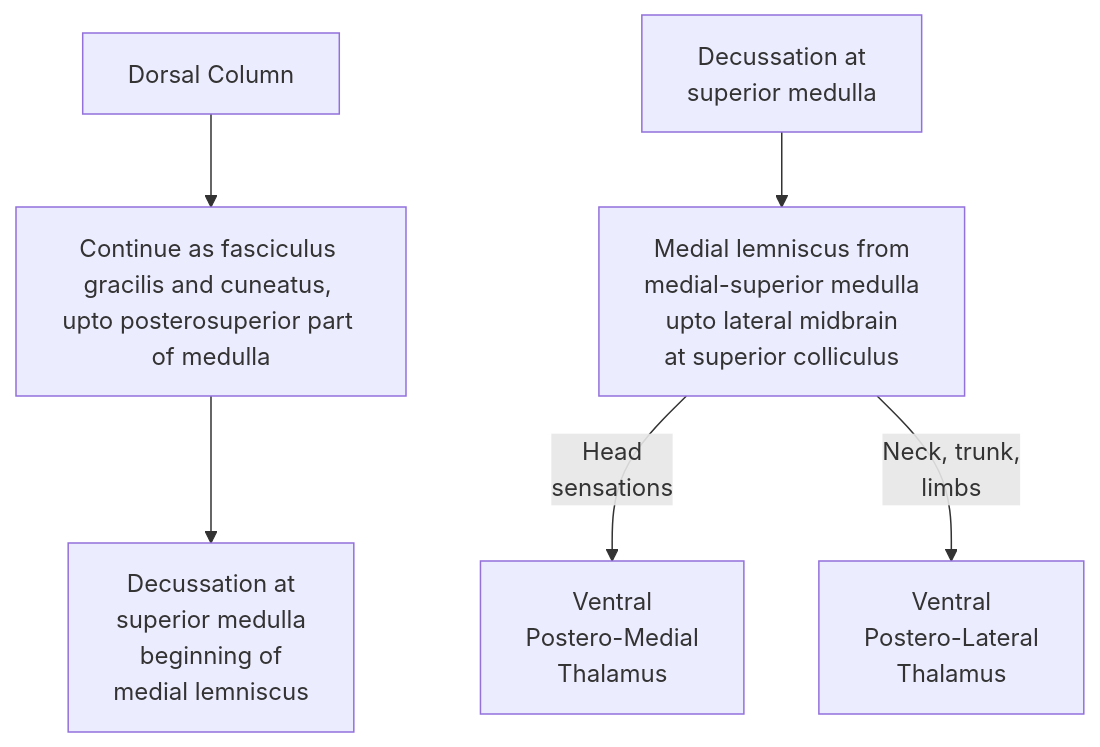
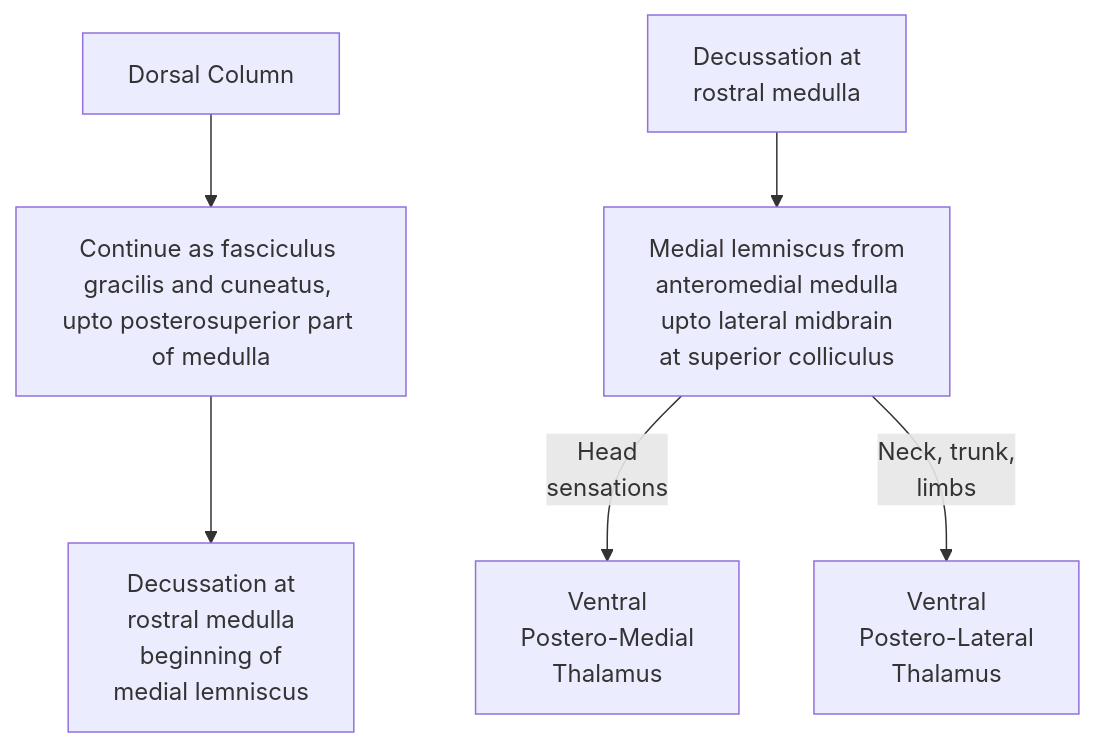
One commit to susmit31/obsidian changed the third of 3 diagrams in Notes/Brainstem Neuroanatomy Made Stupendously Simple.md. Above: the diagram before and after it, drawn with Mermaid. The commit also changed other lines of this file and 18 other files, not shown here.

````diff
--- a/Notes/Brainstem Neuroanatomy Made Stupendously Simple.md
+++ b/Notes/Brainstem Neuroanatomy Made Stupendously Simple.md
@@ -80,9 +86,9 @@
 ```mermaid
 flowchart TD
 	DCol[Dorsal Column] --> Medulla[Continue as fasciculus gracilis and cuneatus, upto posterosuperior part of medulla]
-	Medulla --> Decuss[Decussation at<br/> superior medulla<br/>beginning of <br/>medial lemniscus]
-	Decuss2[Decussation at<br/> superior medulla]
-	Decuss2 --> MLem[Medial lemniscus from<br/> medial-superior medulla<br/> upto lateral midbrain<br/> at superior colliculus]
+	Medulla --> Decuss[Decussation at<br/> rostral medulla<br/>beginning of <br/>medial lemniscus]
+	Decuss2[Decussation at<br/> rostral medulla]
+	Decuss2 --> MLem[Medial lemniscus from<br/> anteromedial medulla<br/> upto lateral midbrain<br/> at superior colliculus]
 	MLem --> |Head<br/> sensations|VPM[Ventral<br/> Postero-Medial<br/> Thalamus]
 	MLem --> |Neck, trunk,<br/> limbs|VPL[Ventral<br/> Postero-Lateral<br/> Thalamus]
 ```
````
